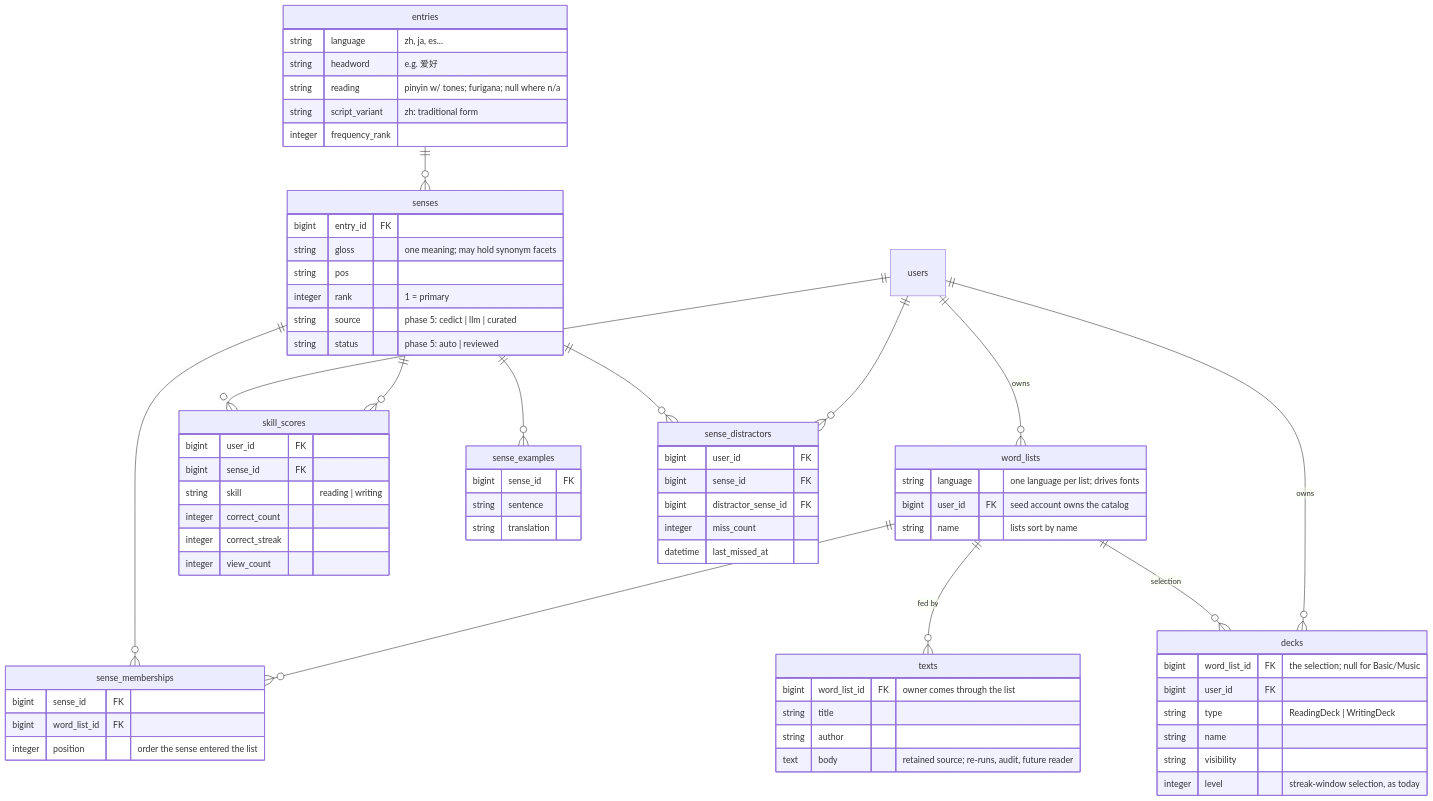
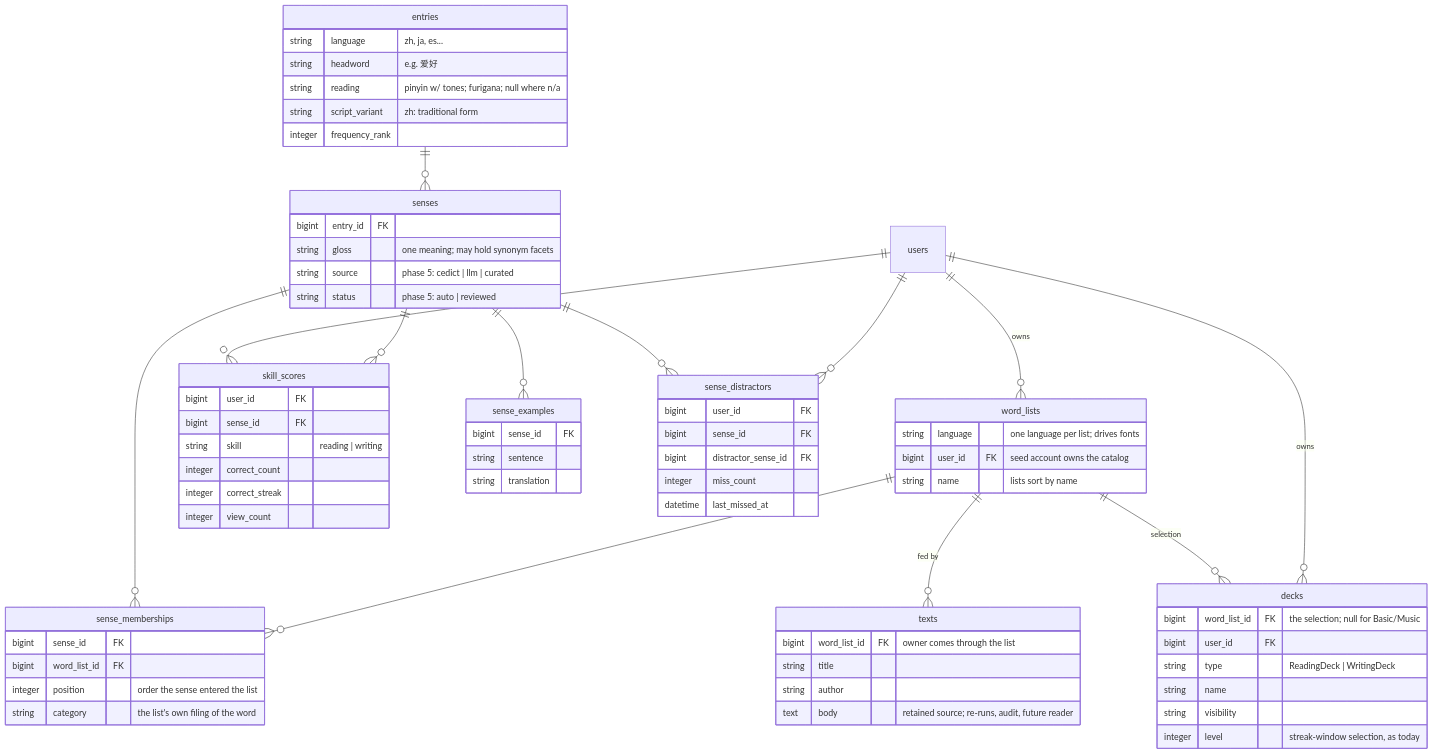
Before and after one commit to mockdeep/Flash: the diagram in docs/compendium.md, drawn with Mermaid. The commit also changed other lines of this file and 1 other file, not shown here.

````diff
--- a/docs/compendium.md
+++ b/docs/compendium.md
@@ -33,75 +35,74 @@
 ```mermaid
 erDiagram
     entries ||--o{ senses : ""
     senses ||--o{ sense_memberships : ""
     word_lists ||--o{ sense_memberships : ""
     word_lists ||--o{ texts : "fed by"
     users ||--o{ word_lists : owns
     word_lists ||--o{ decks : "selection"
     users ||--o{ decks : owns
     users ||--o{ skill_scores : ""
     senses ||--o{ skill_scores : ""
     senses ||--o{ sense_examples : ""
     senses ||--o{ sense_distractors : ""
     users ||--o{ sense_distractors : ""
 
     entries {
         string language "zh, ja, es..."
         string headword "e.g. 爱好"
         string reading "pinyin w/ tones; furigana; null where n/a"
         string script_variant "zh: traditional form"
         integer frequency_rank
     }
     senses {
         bigint entry_id FK
         string gloss "one meaning; may hold synonym facets"
-        string pos
-        integer rank "1 = primary"
         string source "phase 5: cedict | llm | curated"
         string status "phase 5: auto | reviewed"
     }
     texts {
         bigint word_list_id FK "owner comes through the list"
         string title
         string author
         text body "retained source; re-runs, audit, future reader"
     }
     word_lists {
         string language "one language per list; drives fonts"
         bigint user_id FK "seed account owns the catalog"
         string name "lists sort by name"
     }
     sense_memberships {
         bigint sense_id FK
         bigint word_list_id FK
         integer position "order the sense entered the list"
+        string category "the list's own filing of the word"
     }
     sense_examples {
         bigint sense_id FK
         string sentence
         string translation
     }
     sense_distractors {
         bigint user_id FK
         bigint sense_id FK
         bigint distractor_sense_id FK
         integer miss_count
         datetime last_missed_at
     }
     skill_scores {
         bigint user_id FK
         bigint sense_id FK
         string skill "reading | writing"
         integer correct_count
         integer correct_streak
         integer view_count
     }
     decks {
         bigint word_list_id FK "the selection; null for Basic/Music"
         bigint user_id FK
         string type "ReadingDeck | WritingDeck"
         string name
         string visibility
         integer level "streak-window selection, as today"
     }
 ```
````
